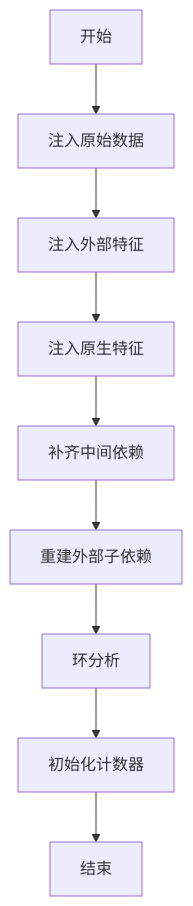
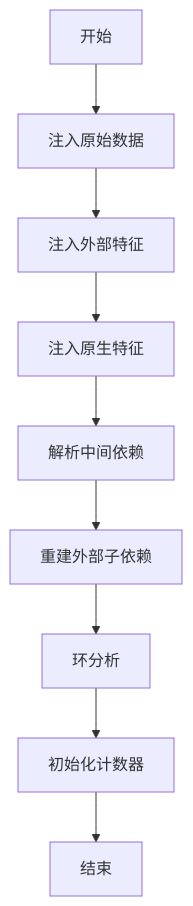
One commit to txzhanghuan/feature changed the eighth of 10 diagrams in .qoder/repowiki/zh/content/核心架构.md. Above: the diagram before and after it, drawn with Mermaid. The commit also changed other lines of this file and 7 other files, not shown here.

````diff
--- a/.qoder/repowiki/zh/content/核心架构.md
+++ b/.qoder/repowiki/zh/content/核心架构.md
@@ -369,11 +421,11 @@
 ```mermaid
 flowchart TD
 A["开始"] --> B["注入原始数据"]
 B --> C["注入外部特征"]
 C --> D["注入原生特征"]
-D --> E["补齐中间依赖"]
+D --> E["解析中间依赖"]
 E --> F["重建外部子依赖"]
 F --> G["环分析"]
 G --> H["初始化计数器"]
 H --> I["结束"]
 ```
````
